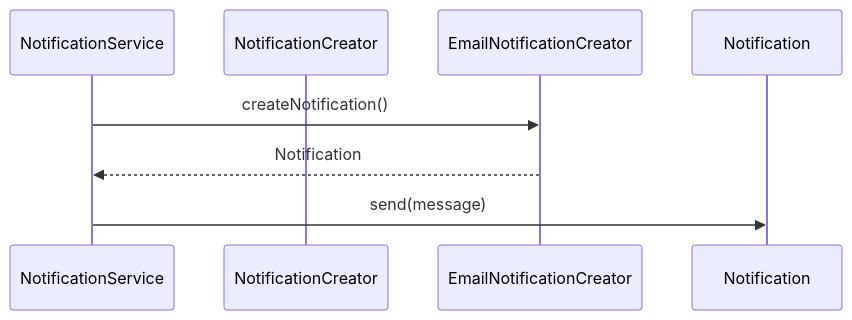
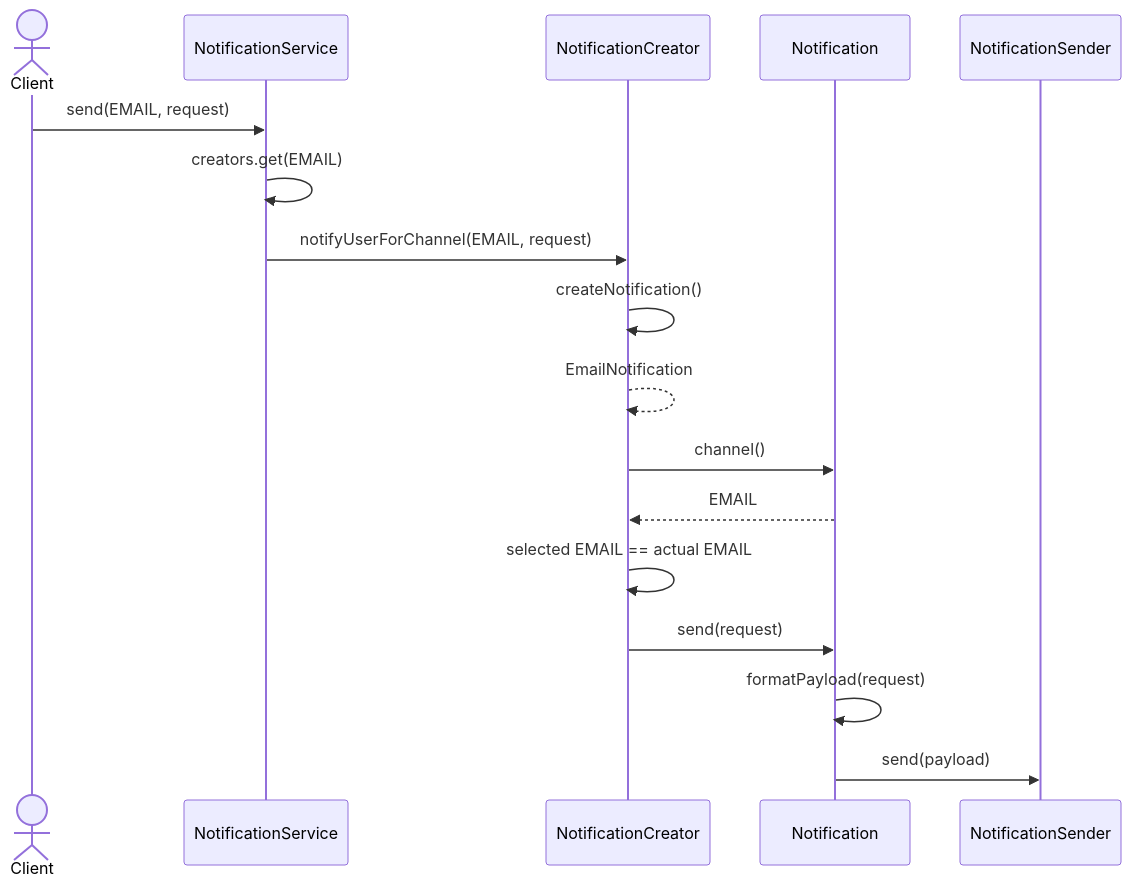
Before and after one commit to TunahanCan/design_pattern: the fourth of 46 diagrams in BOOK.md, drawn with Mermaid. The commit also changed other lines of this file and 171 other files, not shown here.

````diff
--- a/BOOK.md
+++ b/BOOK.md
@@ -135,11 +680,20 @@
 ```mermaid
 sequenceDiagram
-    participant Client as NotificationService
+    actor Client
+    participant Service as NotificationService
     participant Creator as NotificationCreator
-    participant Concrete as EmailNotificationCreator
     participant Product as Notification
+    participant Sender as NotificationSender
 
-    Client->>Concrete: createNotification()
-    Concrete-->>Client: Notification
-    Client->>Product: send(message)
+    Client->>Service: send(EMAIL, request)
+    Service->>Service: creators.get(EMAIL)
+    Service->>Creator: notifyUserForChannel(EMAIL, request)
+    Creator->>Creator: createNotification()
+    Creator-->>Creator: EmailNotification
+    Creator->>Product: channel()
+    Product-->>Creator: EMAIL
+    Creator->>Creator: selected EMAIL == actual EMAIL
+    Creator->>Product: send(request)
+    Product->>Product: formatPayload(request)
+    Product->>Sender: send(payload)
 ```
````
